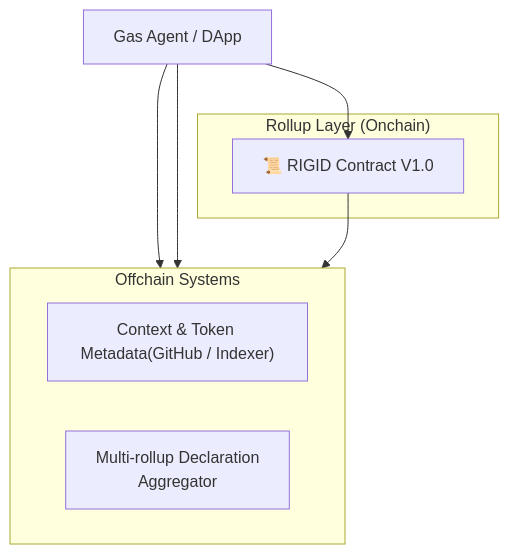
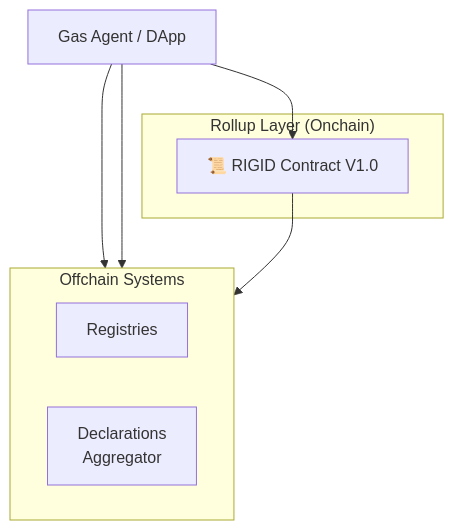
Before and after one commit to ethereum/RIPs: the fifth of 5 diagrams in RIP_RIGID.md, drawn with Mermaid. The commit also changed other lines of this file, not shown here.

````diff
--- a/RIP_RIGID.md
+++ b/RIP_RIGID.md
@@ -570,25 +570,25 @@
 ```mermaid
 flowchart TD
 
   %% Level 1 - Agent
   Agent["Gas Agent / DApp"]
 
   %% Level 2 - Onchain Rollup
   subgraph L2["Rollup Layer (Onchain)"]
     RigidContract["📜 RIGID Contract V1.0"]
   end
 
   %% Level 3 - Offchain Components
   subgraph Offchain["Offchain Systems"]
     direction LR
-    CanonicalRegistry["Context & Token Metadata(GitHub / Indexer)"]
-    OffchainRegistry["Multi-rollup Declaration 
+    CanonicalRegistry["Registries"]
+    OffchainRegistry["Declarations 
 Aggregator"]
   end
 
   %% Arrows
   Agent --> RigidContract
   Agent --> CanonicalRegistry
   Agent --> OffchainRegistry
   RigidContract --> OffchainRegistry
 ```
````
